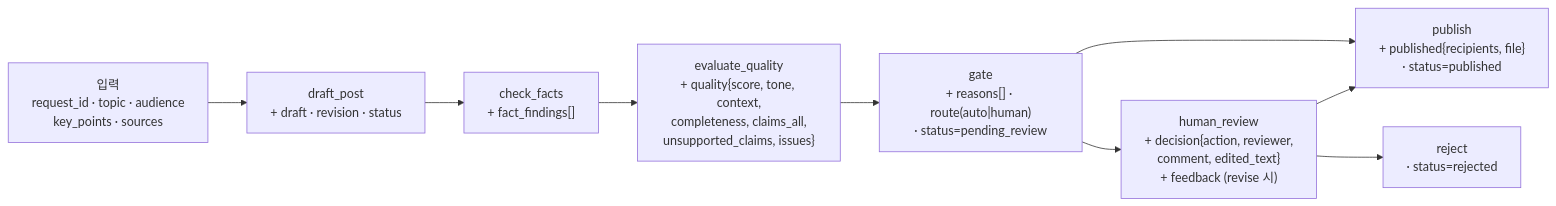
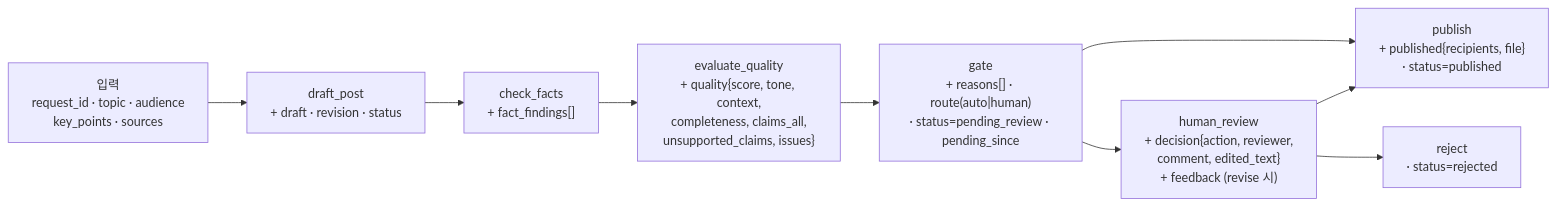
Before and after one commit to rubilisa08/agent-approval-system: the second of 2 diagrams in REPORT.md, drawn with Mermaid. The commit also changed other lines of this file and 12 other files, not shown here.

````diff
--- a/REPORT.md
+++ b/REPORT.md
@@ -44,11 +45,11 @@
 ```mermaid
 flowchart LR
     I["입력<br/>request_id · topic · audience<br/>key_points · sources"] --> A["draft_post<br/>+ draft · revision · status"]
     A --> B["check_facts<br/>+ fact_findings[]"]
     B --> C["evaluate_quality<br/>+ quality{score, tone, context,<br/>completeness, claims_all,<br/>unsupported_claims, issues}"]
-    C --> D["gate<br/>+ reasons[] · route(auto|human)<br/>· status=pending_review"]
+    C --> D["gate<br/>+ reasons[] · route(auto|human)<br/>· status=pending_review · pending_since"]
     D --> H["human_review<br/>+ decision{action, reviewer,<br/>comment, edited_text}<br/>+ feedback (revise 시)"]
     D --> P
     H --> P["publish<br/>+ published{recipients, file}<br/>· status=published"]
     H --> R["reject<br/>· status=rejected"]
 ```
````
